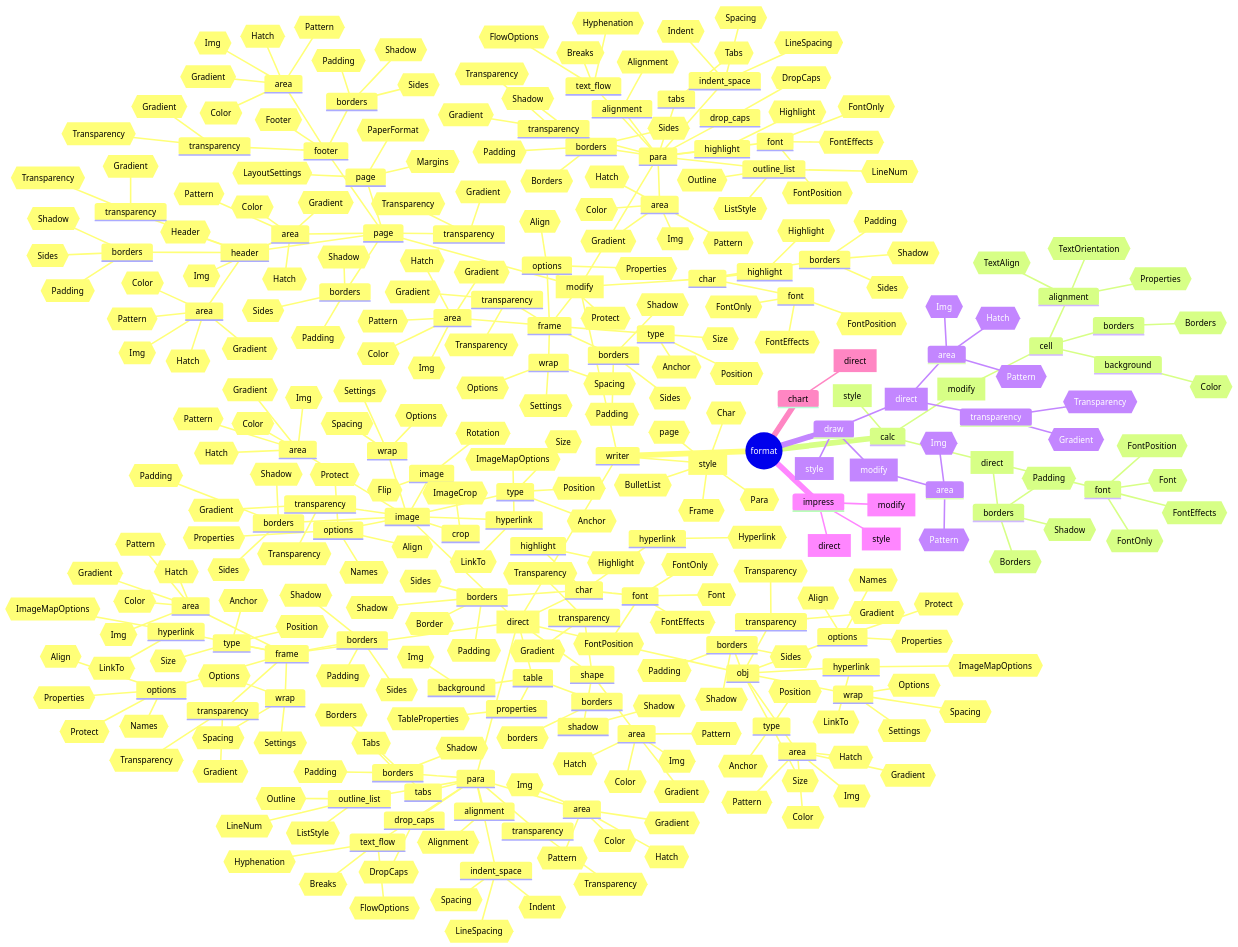
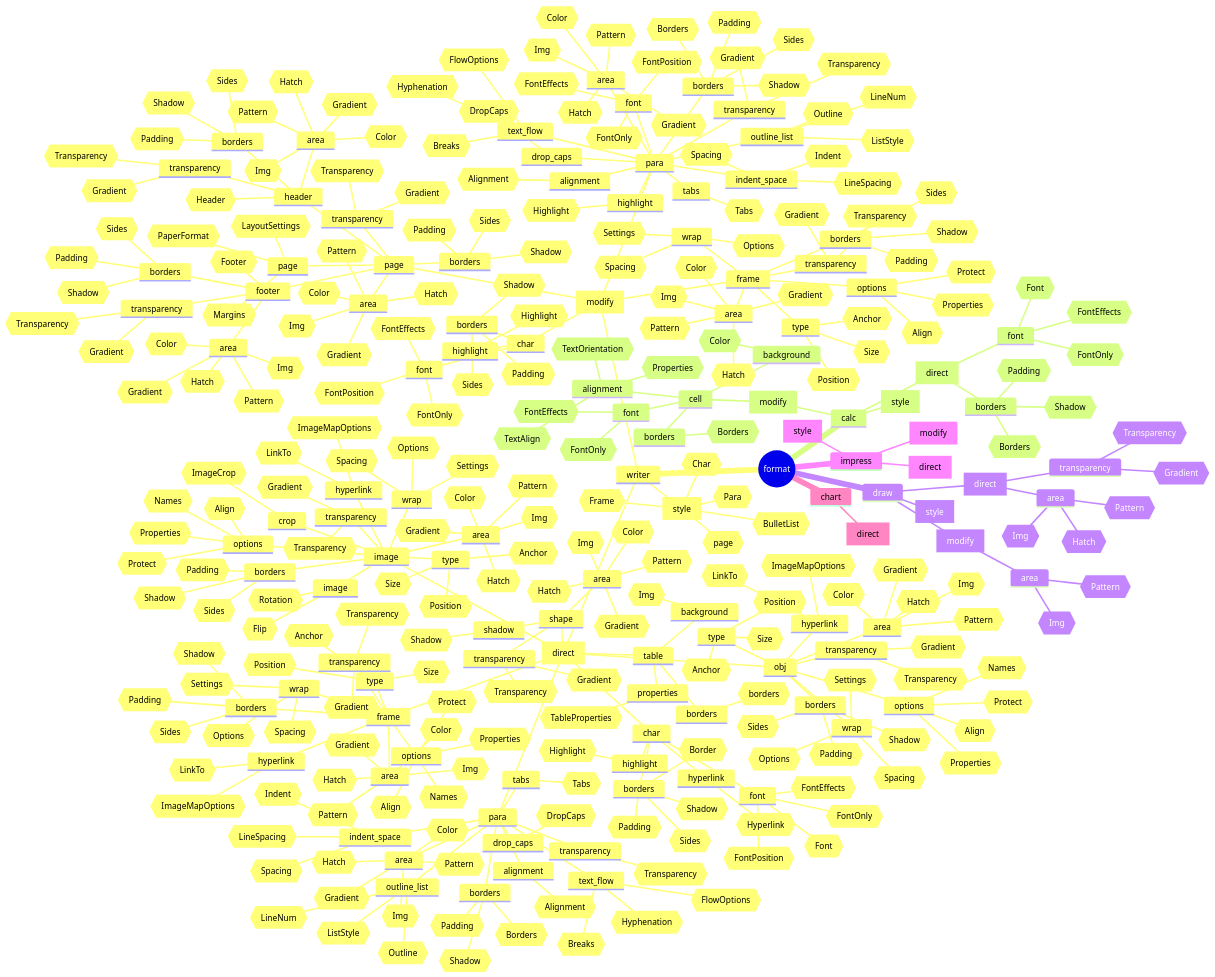
The diagram in ooodev/format/readme.md (Amourspirit/python_ooo_dev_tools), drawn with Mermaid before and after one commit. The commit also changed 13 other files, not shown here.

```diff
--- a/ooodev/format/readme.md
+++ b/ooodev/format/readme.md
@@ -308,7 +308,6 @@
                     id{{Font}}
                     id{{FontOnly}}
                     id{{FontEffects}}
-                    id{{FontPosition}}
             [modify]
                 cell
                     alignment
@@ -319,6 +318,9 @@
                         id{{Color}}
                     borders
                         id{{Borders}}
+                    font
+                        id{{FontOnly}}
+                        id{{FontEffects}}
             [style]
         draw
             [direct]
```
